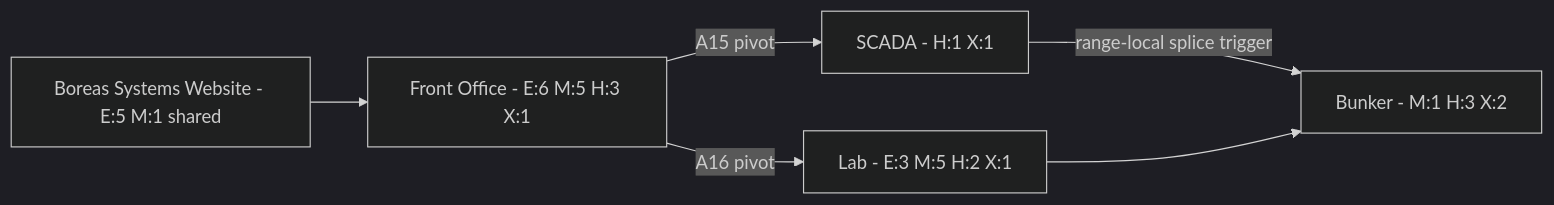
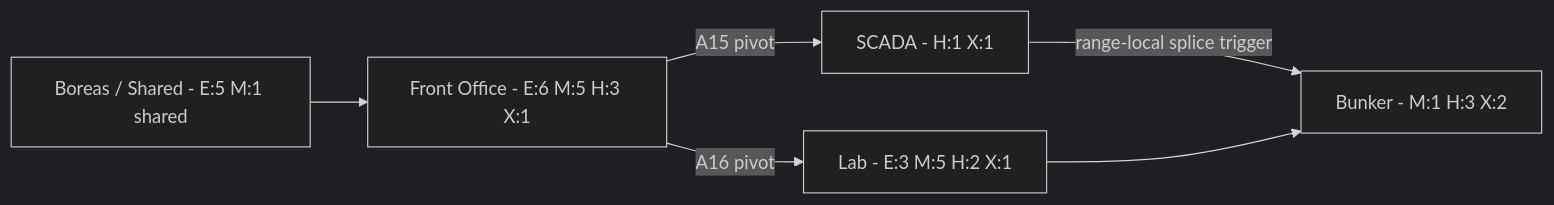
Before and after one commit to PaloAltoNetworks/shifter: the first of 2 diagrams in scenario-dev/polaris/design/architecture.md, drawn with Mermaid (dark theme). The commit also changed other lines of this file and 36 other files, not shown here.

````diff
--- a/scenario-dev/polaris/design/architecture.md
+++ b/scenario-dev/polaris/design/architecture.md
@@ -5,8 +5,8 @@
 ```mermaid
 graph LR
-    W[Boreas Systems Website - E:5 M:1 shared] --> A[Front Office - E:6 M:5 H:3 X:1]
+    W[Boreas / Shared - E:5 M:1 shared] --> A[Front Office - E:6 M:5 H:3 X:1]
     A -->|A15 pivot| S[SCADA - H:1 X:1]
     A -->|A16 pivot| B[Lab - E:3 M:5 H:2 X:1]
     S -->|range-local splice trigger| C[Bunker - M:1 H:3 X:2]
     B --> C
 ```
````
